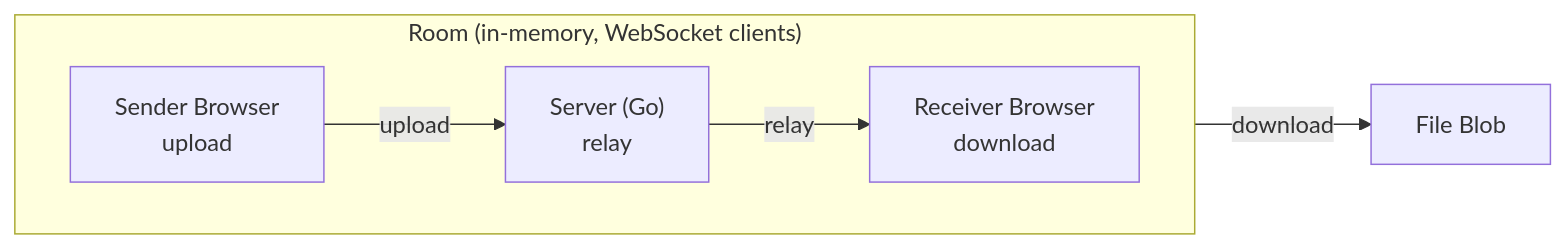
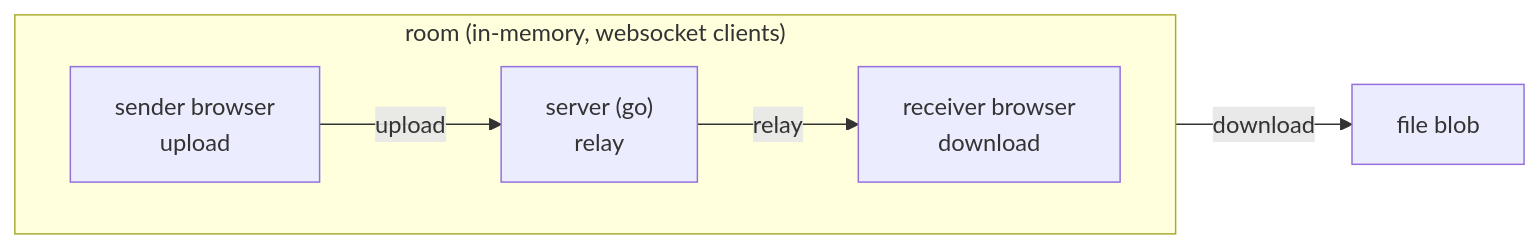
One commit to ufraaan/holo changed the diagram in README.md. Above: the diagram before and after it, drawn with Mermaid. The commit also changed other lines of this file and 7 other files, not shown here.

````diff
--- a/README.md
+++ b/README.md
@@ -8,12 +28,12 @@
 ```mermaid
 flowchart LR
- subgraph Room["Room (in-memory, WebSocket clients)"]
+ subgraph Room["room (in-memory, websocket clients)"]
     direction LR
-        SG["Server (Go)<br>relay"]
-        SB["Sender Browser<br>upload"]
-        RB["Receiver Browser<br>download"]
+        SG["server (go)<br>relay"]
+        SB["sender browser<br>upload"]
+        RB["receiver browser<br>download"]
   end
     SB -- upload --> SG
     SG -- relay --> RB
-    RB -- download --> FB["File Blob"]
+    RB -- download --> FB["file blob"]
 ```
````
